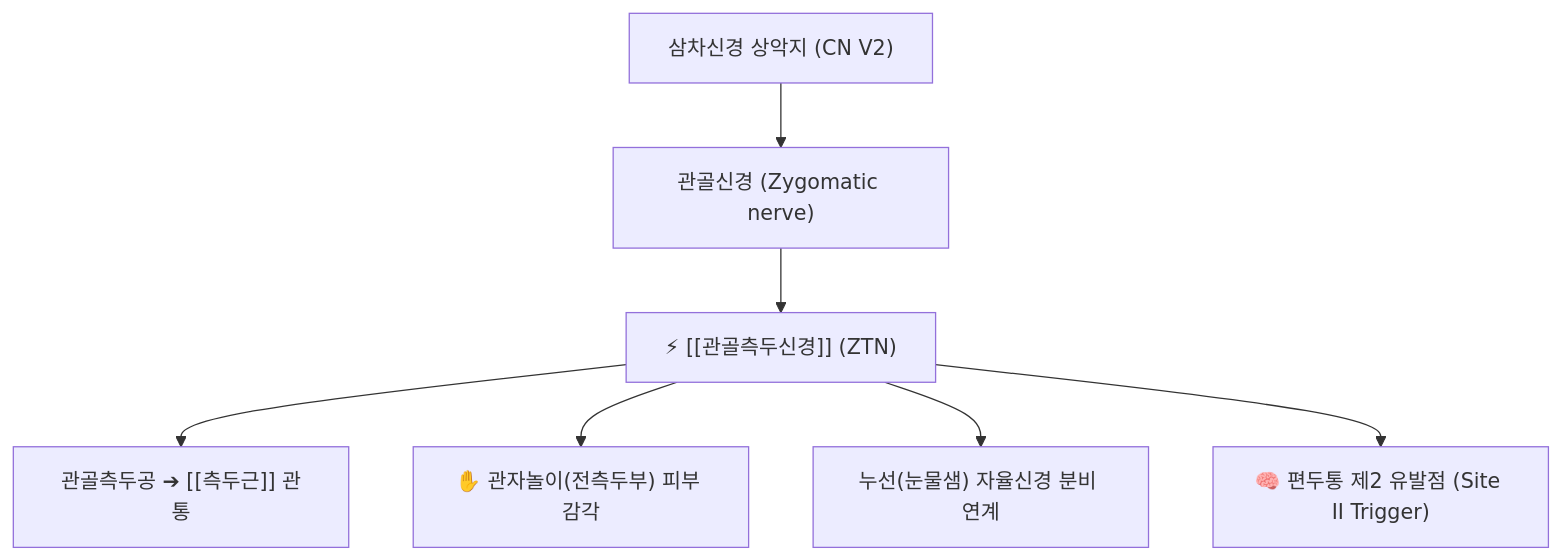
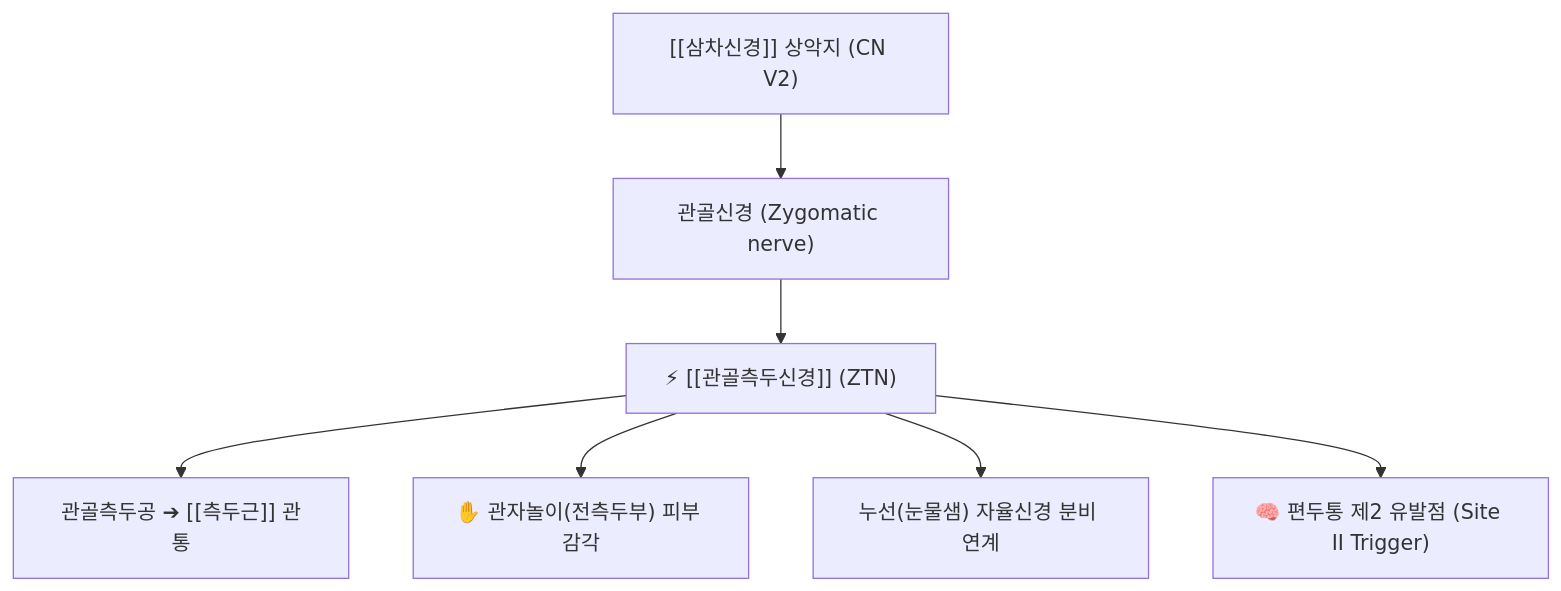
One commit to simbio11/simbio-digital-garden2 changed the diagram in content/1. 근골격계 공부/신경/02_삼차신경_분지/관골측두신경.md. Above: the diagram before and after it, drawn with Mermaid. The commit also changed other lines of this file and 73 other files, not shown here.

````diff
--- a/content/1. 근골격계 공부/신경/02_삼차신경_분지/관골측두신경.md
+++ b/content/1. 근골격계 공부/신경/02_삼차신경_분지/관골측두신경.md
@@ -61,9 +46,9 @@
 ```mermaid
 graph TD
-    V2["삼차신경 상악지 (CN V2)"] --> Zygomatic["관골신경 (Zygomatic nerve)"]
+    V2["[[삼차신경]] 상악지 (CN V2)"] --> Zygomatic["관골신경 (Zygomatic nerve)"]
     Zygomatic --> ZTN["⚡ [[관골측두신경]] (ZTN)"]
     ZTN --> Foramen["관골측두공 ➔ [[측두근]] 관통"]
     ZTN --> Sensory["✋ 관자놀이(전측두부) 피부 감각"]
     ZTN --> Parasymp["누선(눈물샘) 자율신경 분비 연계"]
     ZTN --> Trigger["🧠 편두통 제2 유발점 (Site II Trigger)"]
 ```
````
